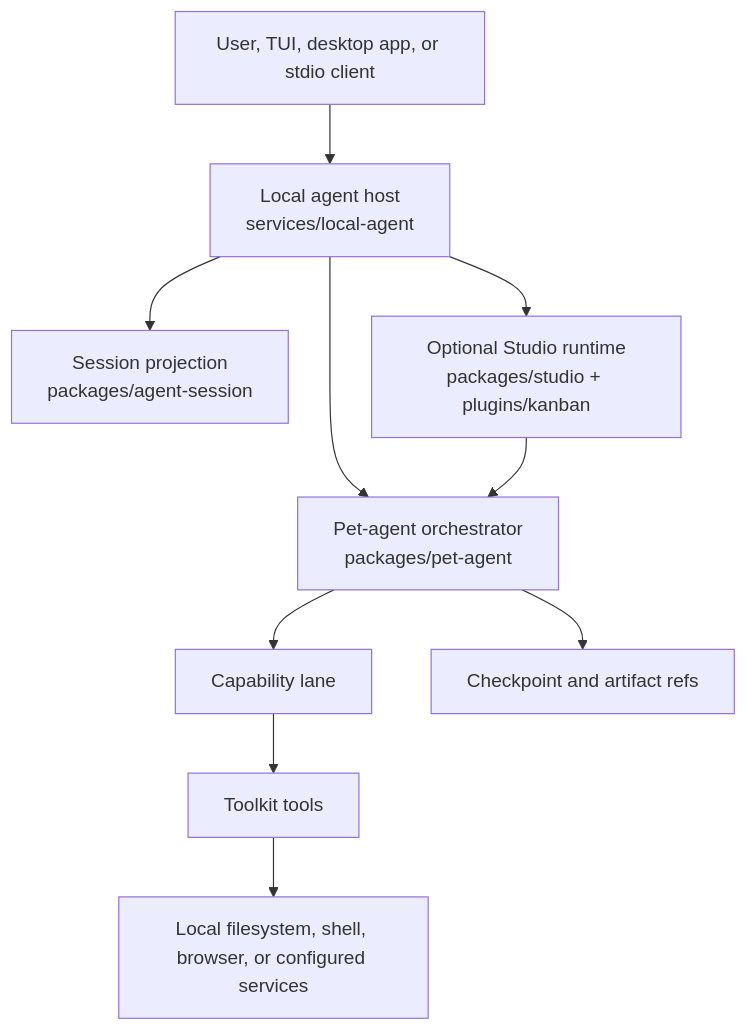
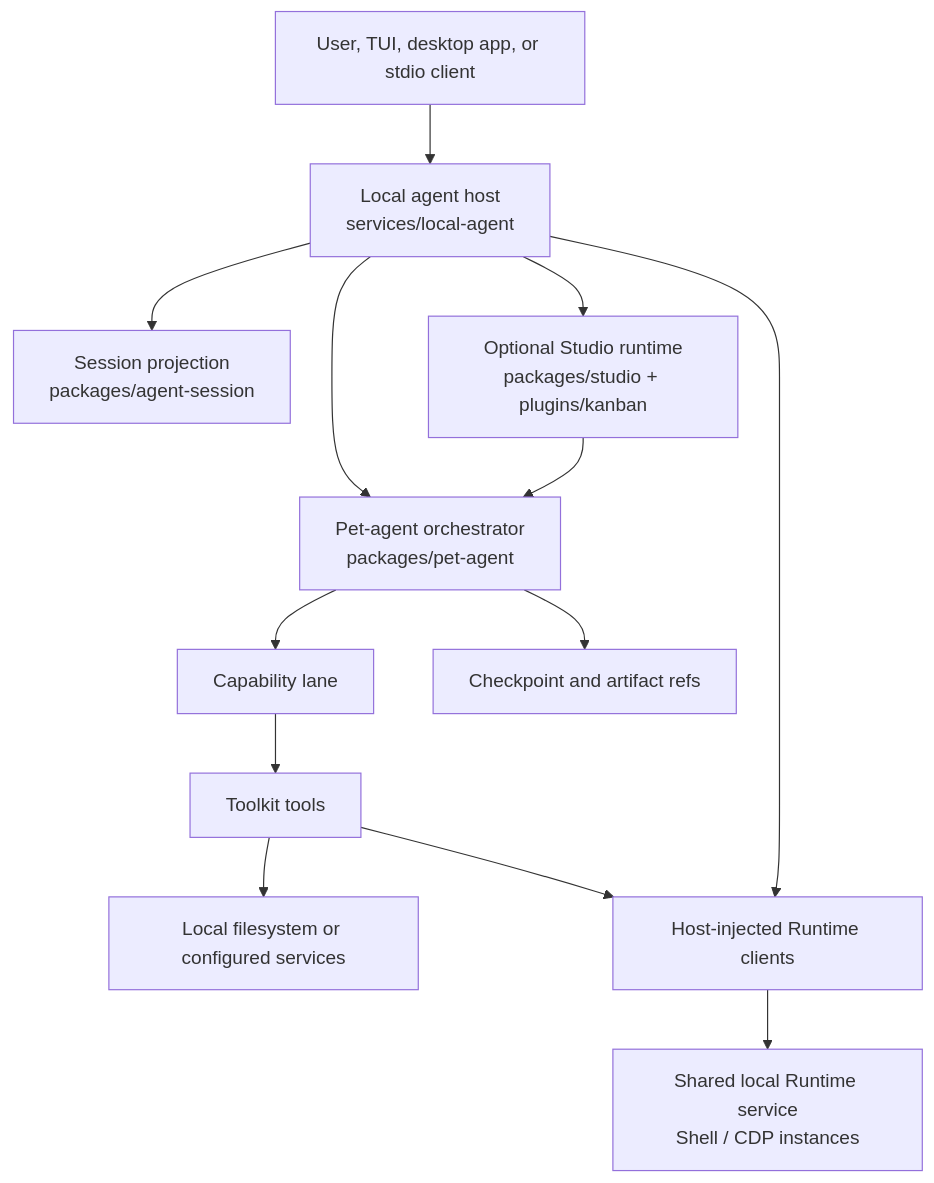
Before and after one commit to pinpawo/pinpawo-agent: the diagram in docs/concepts/architecture.md, drawn with Mermaid. The commit also changed other lines of this file and 189 other files, not shown here.

Commit message:
refactor: host shared Shell and CDP environments in a local service

````diff
--- a/docs/concepts/architecture.md
+++ b/docs/concepts/architecture.md
@@ -33,12 +33,15 @@
 ```mermaid
 flowchart TB
   U["User, TUI, desktop app, or stdio client"] --> H["Local agent host\nservices/local-agent"]
   H --> O["Pet-agent orchestrator\npackages/pet-agent"]
   H --> S["Session projection\npackages/agent-session"]
   O --> C["Capability lane"]
   C --> K["Toolkit tools"]
-  K --> L["Local filesystem, shell, browser, or configured services"]
+  K --> L["Local filesystem or configured services"]
+  K --> RC["Host-injected Runtime clients"]
+  H --> RC
+  RC --> R["Shared local Runtime service\nShell / CDP instances"]
   O --> A["Checkpoint and artifact refs"]
   H --> ST["Optional Studio runtime\npackages/studio + plugins/kanban"]
   ST --> O
 ```
````
